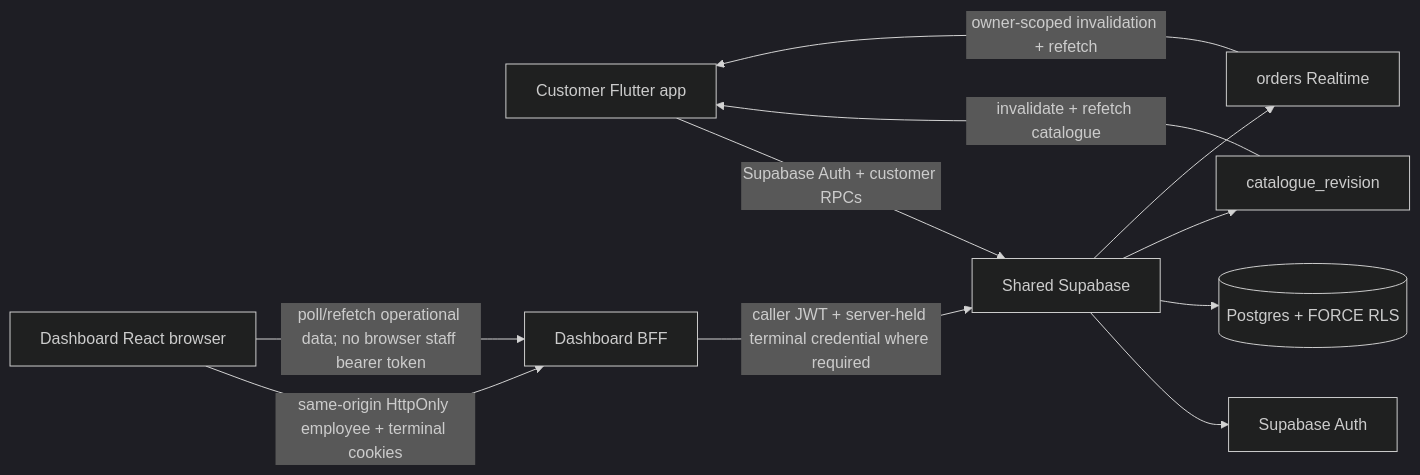
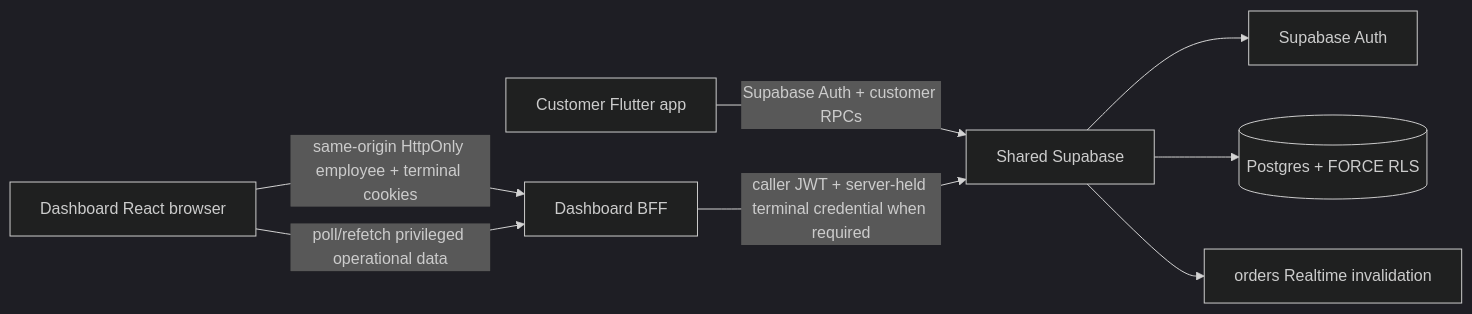
Before and after one commit to Hermann-33/Aida_System-Dashboard: the diagram in docs/context/ARCHITECTURE.md, drawn with Mermaid (dark theme). The commit also changed other lines of this file, not shown here.

Commit message:
TASK-OPS-003: refresh architecture through Phase 2

````diff
--- a/docs/context/ARCHITECTURE.md
+++ b/docs/context/ARCHITECTURE.md
@@ -7,13 +7,10 @@
 ```mermaid
 flowchart LR
   C[Customer Flutter app] -->|Supabase Auth + customer RPCs| S[Shared Supabase]
   D[Dashboard React browser] -->|same-origin HttpOnly employee + terminal cookies| B[Dashboard BFF]
-  B -->|caller JWT + server-held terminal credential where required| S
+  B -->|caller JWT + server-held terminal credential when required| S
   S --> A[Supabase Auth]
   S --> P[(Postgres + FORCE RLS)]
-  S --> CR[catalogue_revision]
-  S --> OR[orders Realtime]
-  CR -->|invalidate + refetch catalogue| C
-  OR -->|owner-scoped invalidation + refetch| C
-  D -->|poll/refetch operational data; no browser staff bearer token| B
+  S --> OR[orders Realtime invalidation]
+  D -->|poll/refetch privileged operational data| B
 ```
````
